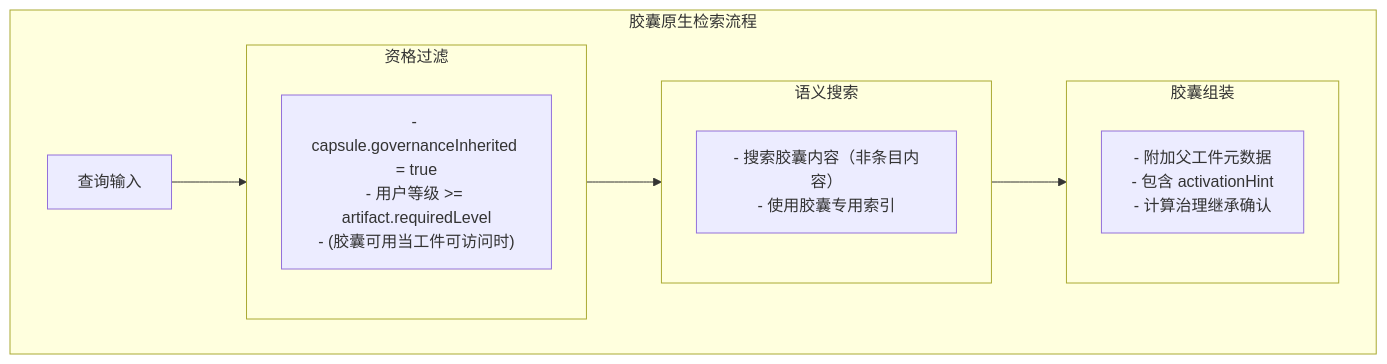
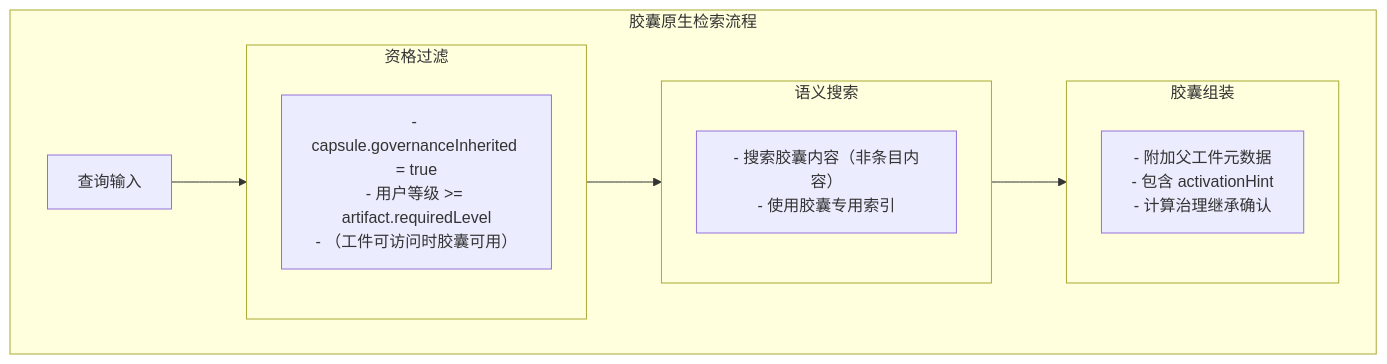
Before and after one commit to pofossette/TrapMap-for-vibing: the seventh of 8 diagrams in docs/architecture/components/RETRIEVAL.md, drawn with Mermaid. The commit also changed other lines of this file and 31 other files, not shown here.

````diff
--- a/docs/architecture/components/RETRIEVAL.md
+++ b/docs/architecture/components/RETRIEVAL.md
@@ -260,20 +260,20 @@
 ```mermaid
 flowchart TB
-    subgraph CapsuleRetrieval["胶囊原生检索流程"]
+    subgraph 胶囊检索["胶囊原生检索流程"]
         A["查询输入"]
         
-        subgraph Eligibility["资格过滤"]
-            B["- capsule.governanceInherited = true\n- 用户等级 >= artifact.requiredLevel\n- (胶囊可用当工件可访问时)"]
+        subgraph 资格过滤["资格过滤"]
+            B["- capsule.governanceInherited = true\n- 用户等级 >= artifact.requiredLevel\n- （工件可访问时胶囊可用）"]
         end
 
-        subgraph Search["语义搜索"]
+        subgraph 语义搜索["语义搜索"]
             C["- 搜索胶囊内容（非条目内容）\n- 使用胶囊专用索引"]
         end
 
-        subgraph Assembly["胶囊组装"]
+        subgraph 胶囊组装["胶囊组装"]
             D["- 附加父工件元数据\n- 包含 activationHint\n- 计算治理继承确认"]
         end
 
-        A --> Eligibility --> Search --> Assembly
+        A --> 资格过滤 --> 语义搜索 --> 胶囊组装
     end
 ```
````
